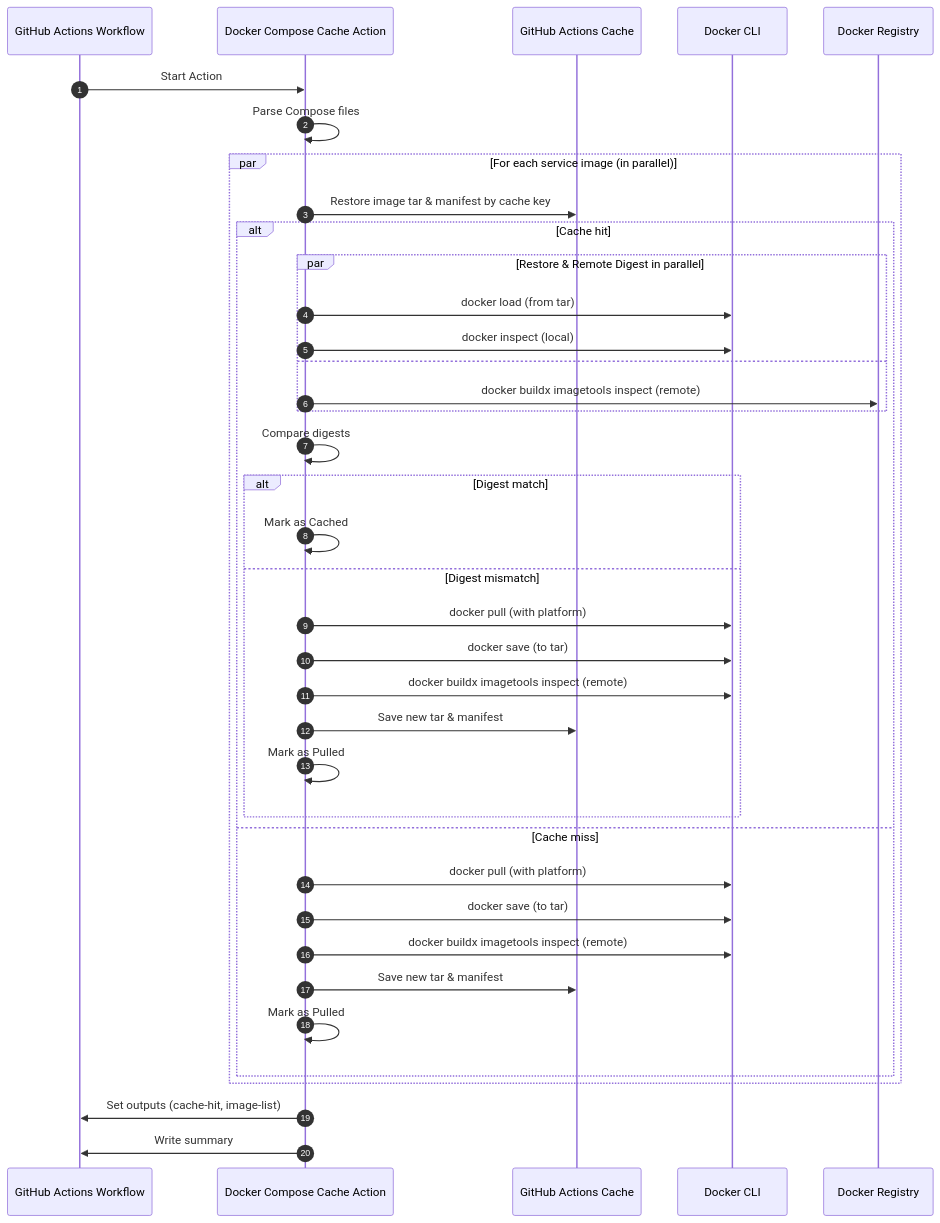
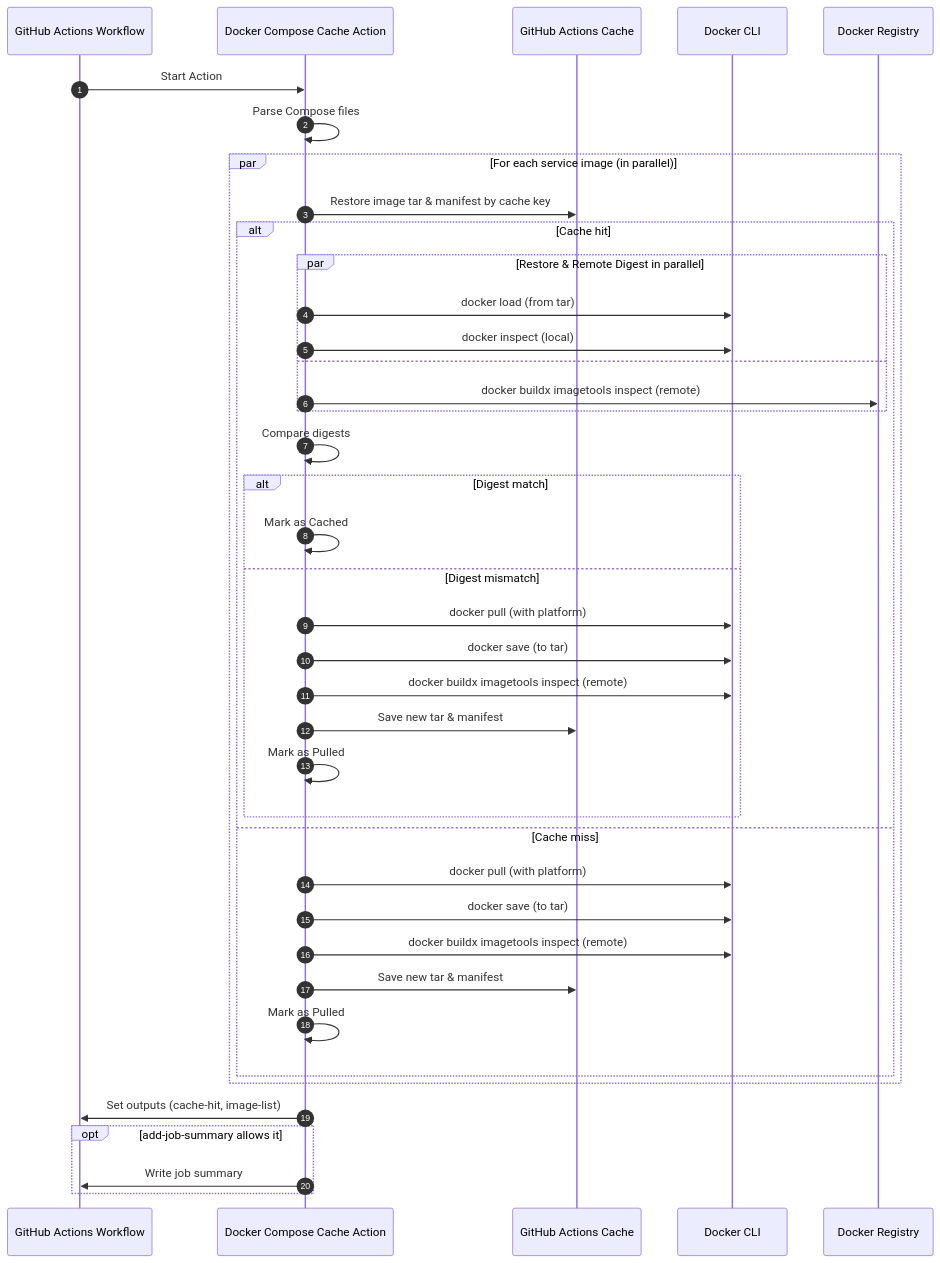
One commit to seijikohara/docker-compose-cache-action changed the diagram in README.md. Above: the diagram before and after it, drawn with Mermaid. The commit also changed other lines of this file and 5 other files, not shown here.

First line of the commit message:
feat: add input to control job summary output

````diff
--- a/README.md
+++ b/README.md
@@ -21,41 +21,43 @@
 ```mermaid
 sequenceDiagram
     autonumber
     participant Workflow as GitHub Actions Workflow
     participant Action as Docker Compose Cache Action
     participant Cache as GitHub Actions Cache
     participant Docker as Docker CLI
     participant Registry as Docker Registry
 
     Workflow->>Action: Start Action
     Action->>Action: Parse Compose files
     par For each service image (in parallel)
         Action->>Cache: Restore image tar & manifest by cache key
         alt Cache hit
             par Restore & Remote Digest in parallel
                 Action->>Docker: docker load (from tar)
                 Action->>Docker: docker inspect (local)
                 and
                 Action->>Registry: docker buildx imagetools inspect (remote)
             end
             Action->>Action: Compare digests
             alt Digest match
                 Action->>Action: Mark as Cached
             else Digest mismatch
                 Action->>Docker: docker pull (with platform)
                 Action->>Docker: docker save (to tar)
                 Action->>Docker: docker buildx imagetools inspect (remote)
                 Action->>Cache: Save new tar & manifest
                 Action->>Action: Mark as Pulled
             end
         else Cache miss
             Action->>Docker: docker pull (with platform)
             Action->>Docker: docker save (to tar)
             Action->>Docker: docker buildx imagetools inspect (remote)
             Action->>Cache: Save new tar & manifest
             Action->>Action: Mark as Pulled
         end
     end
     Action->>Workflow: Set outputs (cache-hit, image-list)
-    Action->>Workflow: Write summary
+    opt add-job-summary allows it
+        Action->>Workflow: Write job summary
+    end
 ```
````
